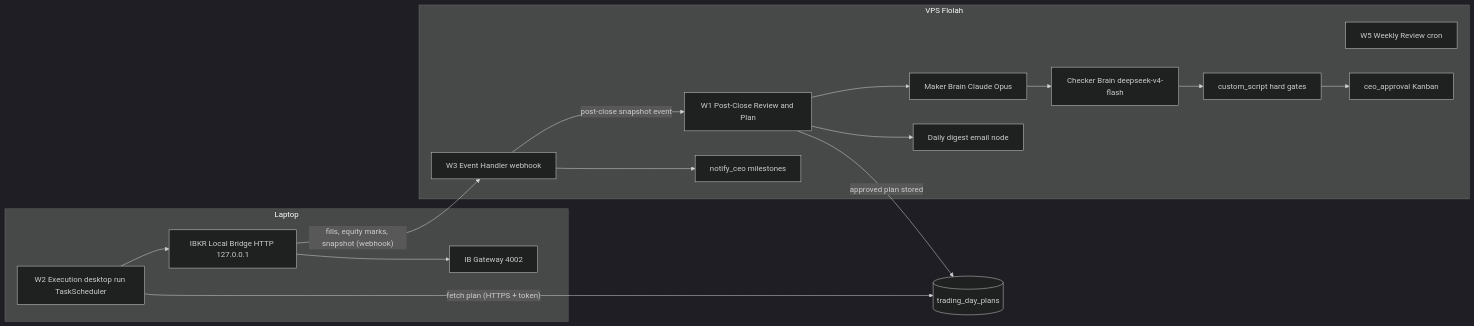
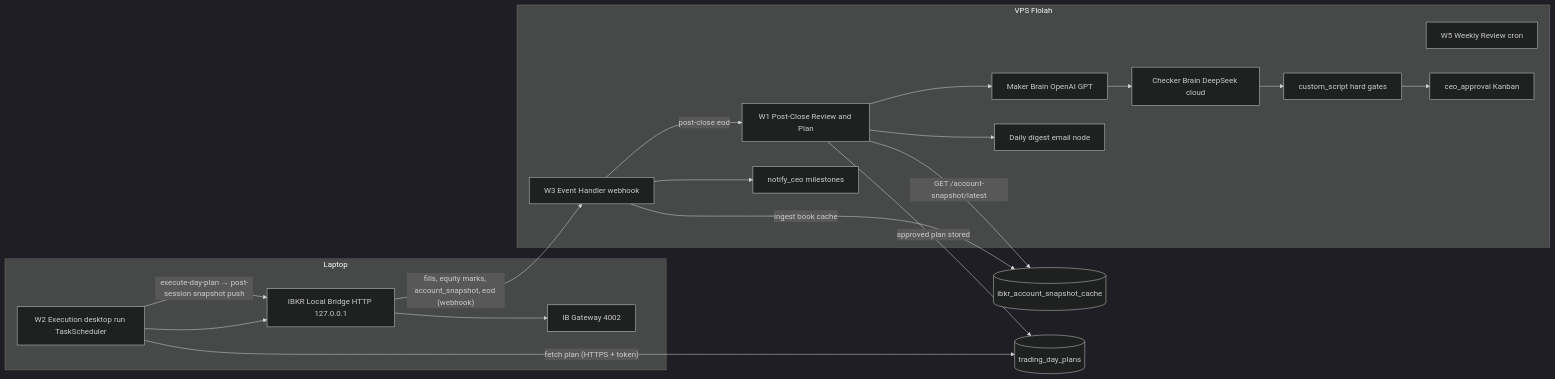
Before and after one commit to balaji-ranga/agent-os: the diagram in knowledgebase/IBKR-MONTHLY-TRADING-PLAN.md, drawn with Mermaid (dark theme). The commit also changed other lines of this file and 108 other files, not shown here.

First line of the commit message:
Ship IBKR monthly trading E2E, summary dashboard, and vault GPT/DeepSeek brains.

````diff
--- a/knowledgebase/IBKR-MONTHLY-TRADING-PLAN.md
+++ b/knowledgebase/IBKR-MONTHLY-TRADING-PLAN.md
@@ -18,28 +34,31 @@
 ```mermaid
 flowchart LR
   subgraph laptop [Laptop]
     gw[IB Gateway 4002]
     bridge[IBKR Local Bridge HTTP 127.0.0.1]
     w2[W2 Execution desktop run TaskScheduler]
     bridge --> gw
     w2 --> bridge
   end
   subgraph vps [VPS Flolah]
     w3[W3 Event Handler webhook]
     w1[W1 Post-Close Review and Plan]
     w4[W5 Weekly Review cron]
-    maker[Maker Brain Claude Opus]
-    checker[Checker Brain deepseek-v4-flash]
+    maker[Maker Brain OpenAI GPT]
+    checker[Checker Brain DeepSeek cloud]
     gates[custom_script hard gates]
     approval[ceo_approval Kanban]
     digest[Daily digest email node]
     notify[notify_ceo milestones]
   end
-  bridge -->|"fills, equity marks, snapshot (webhook)"| w3
-  w3 -->|post-close snapshot event| w1
+  bridge -->|"fills, equity marks, account_snapshot, eod (webhook)"| w3
+  w3 -->|post-close eod| w1
+  w3 -->|ingest book cache| snapCache[(ibkr_account_snapshot_cache)]
+  w1 -->|GET /account-snapshot/latest| snapCache
   w1 --> maker --> checker --> gates --> approval
   w1 --> digest
   w1 -->|approved plan stored| planDb[(trading_day_plans)]
   w2 -->|"fetch plan (HTTPS + token)"| planDb
+  w2 -->|execute-day-plan → post-session snapshot push| bridge
   w3 --> notify
 ```
````
